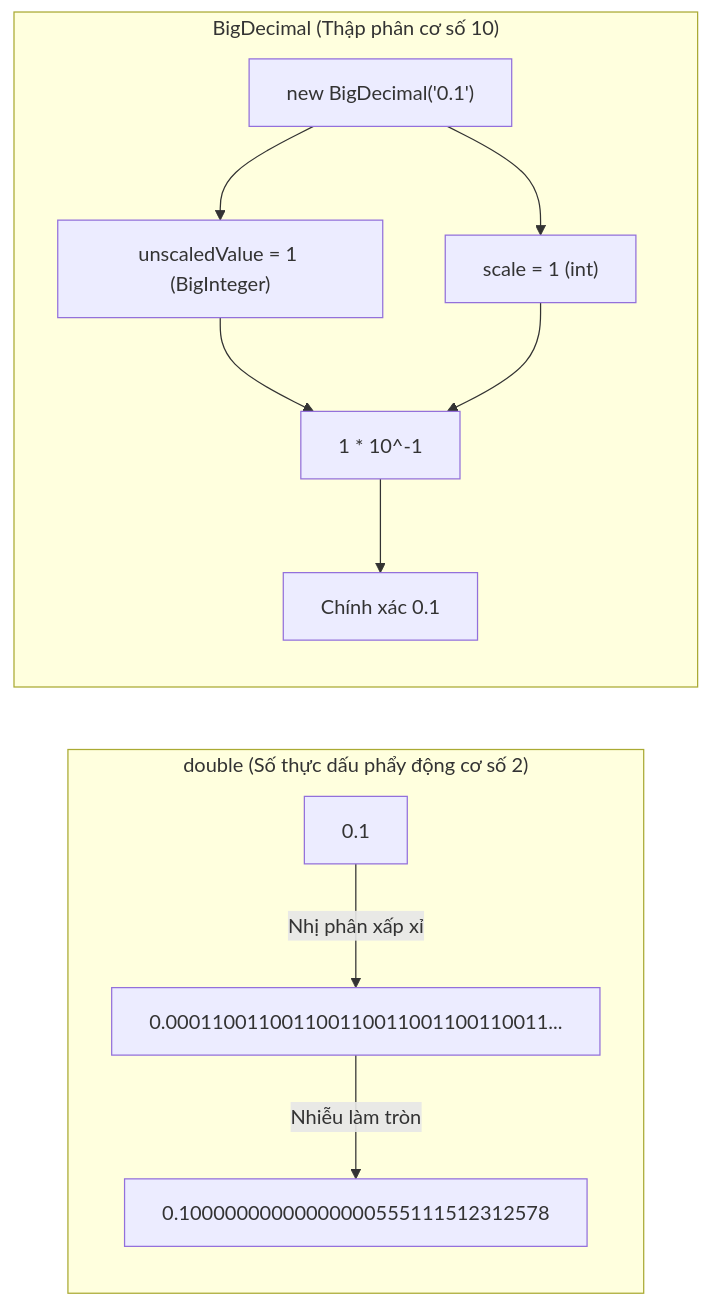
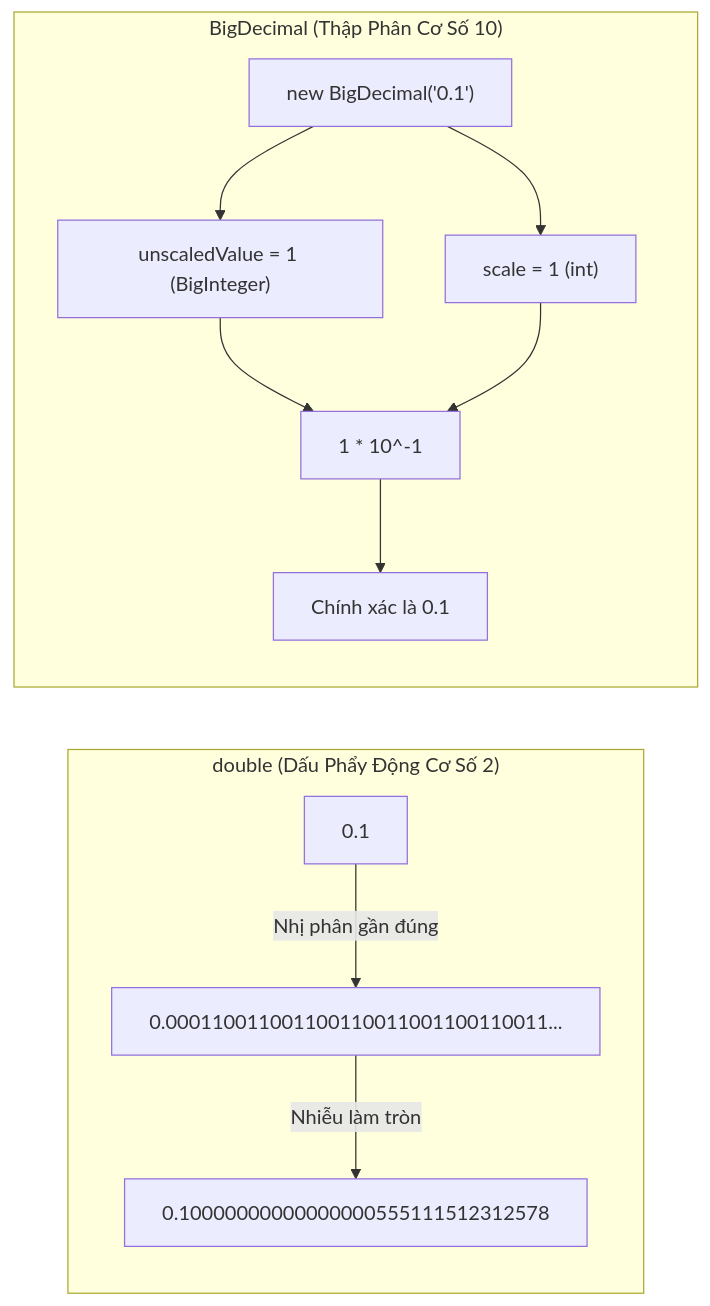
The second of 3 diagrams in vi/39-utility-apis/theory/01-math-concepts.md (PhuThien2005/theoretical-of-java-core), drawn with Mermaid before and after one commit. The commit also changed other lines of this file and 229 other files, not shown here.

````diff
--- a/vi/39-utility-apis/theory/01-math-concepts.md
+++ b/vi/39-utility-apis/theory/01-math-concepts.md
@@ -201,14 +202,14 @@
 ```mermaid
 flowchart LR
-    subgraph IEEE_754 ["double (Số thực dấu phẩy động cơ số 2)"]
-        D[0.1] -->|Nhị phân xấp xỉ| B["0.000110011001100110011001100110011..."]
+    subgraph IEEE_754 ["double (Dấu Phẩy Động Cơ Số 2)"]
+        D[0.1] -->|Nhị phân gần đúng| B["0.000110011001100110011001100110011..."]
         B -->|Nhiễu làm tròn| R[0.10000000000000000555111512312578]
     end
-    subgraph BigDecimal_Structure ["BigDecimal (Thập phân cơ số 10)"]
+    subgraph BigDecimal_Structure ["BigDecimal (Thập Phân Cơ Số 10)"]
         S["new BigDecimal('0.1')"] --> U["unscaledValue = 1 (BigInteger)"]
         S --> SC["scale = 1 (int)"]
         U --> F["1 * 10^-1"]
         SC --> F
-        F --> E[Chính xác 0.1]
+        F --> E[Chính xác là 0.1]
     end
 ```
````
